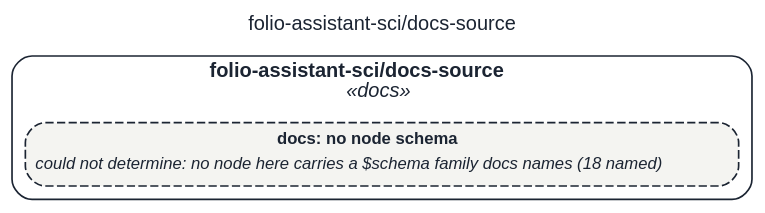
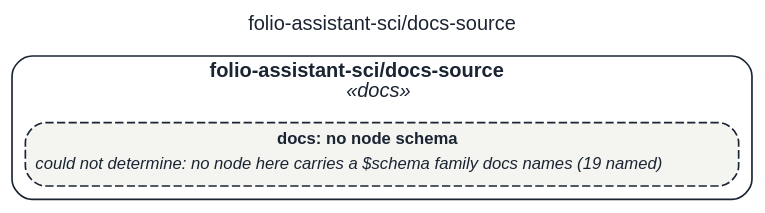
One commit to litlfred/folio-assistant changed the diagram in assets/img/uml/overview/folio-assistant-sci/docs-source.dot. Above: the diagram before and after it, drawn with Graphviz. The commit also changed 9315 other files, not shown here.

```diff
--- a/assets/img/uml/overview/folio-assistant-sci/docs-source.dot
+++ b/assets/img/uml/overview/folio-assistant-sci/docs-source.dot
@@ -1,11 +1,11 @@
 // GENERATED by cat-harness-tools/scripts/gen-uml-overview.ts — do not edit.
 // Rendered page (interactive view, same model): https://litlfred.github.io/folio-assistant/uml/overview/folio-assistant-sci/docs-source.html
 digraph "folio_assistant_sci_docs_source" {
   graph [label="folio-assistant-sci/docs-source", labelloc=t, fontname="Helvetica", fontsize=12, fontcolor="#1b2432", newrank=true, ratio=auto, nodesep=0.3, ranksep=0.5, bgcolor="transparent"];
   node [shape=box, style="rounded,filled", margin=0.05, fontname="Helvetica", fontsize=10, color="#1b2432", fontcolor="#1b2432"];
   edge [color="#1b2432", fontcolor="#1b2432", fontname="Helvetica", fontsize=9];
   subgraph "cluster_pkg_folio_assistant_sci_docs_source" {
     label=<<b>folio-assistant-sci/docs-source</b><br/><i>«docs»</i>>; style="rounded"; color="#1b2432"; class="fa_uml_subgraph";
-    "n_folio_assistant_sci_docs_source_docs" [style="rounded,filled,dashed", fillcolor="#f4f4f1", class="fa_uml_kind_docs fa_uml_undetermined", label=<<table border="0" cellborder="0" cellspacing="0" cellpadding="2"><tr><td><b>docs: no node schema</b></td></tr><tr><td align="left"><i>could not determine: no node here carries a $schema family docs names (18 named)</i></td></tr></table>>];
+    "n_folio_assistant_sci_docs_source_docs" [style="rounded,filled,dashed", fillcolor="#f4f4f1", class="fa_uml_kind_docs fa_uml_undetermined", label=<<table border="0" cellborder="0" cellspacing="0" cellpadding="2"><tr><td><b>docs: no node schema</b></td></tr><tr><td align="left"><i>could not determine: no node here carries a $schema family docs names (19 named)</i></td></tr></table>>];
   }
 }
```
